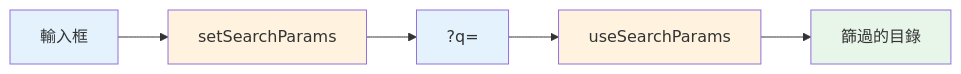
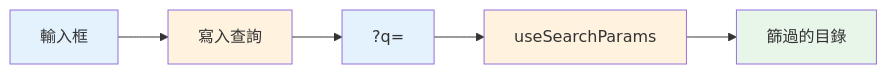
The sixth of 16 diagrams in source/_posts/lokiTech-15day-11-react-router.md (summer10920/summer10920.github.io), drawn with Mermaid before and after one commit. The commit also changed other lines of this file and 17 other files, not shown here.

```diff
--- a/source/_posts/lokiTech-15day-11-react-router.md
+++ b/source/_posts/lokiTech-15day-11-react-router.md
@@ -2213,11 +1448,11 @@
 {% mermaid graph LR %}
-  inputNode["輸入框"] --> setNode["setSearchParams"]
+  inputNode["輸入框"] --> setNode["寫入查詢"]
   setNode --> urlNode["?q="]
   urlNode --> readNode["useSearchParams"]
   readNode --> listNode["篩過的目錄"]
   style inputNode fill:#e3f2fd
   style setNode fill:#fff3e0
   style urlNode fill:#e3f2fd
   style readNode fill:#fff3e0
   style listNode fill:#e8f5e9
 {% endmermaid %}
```
